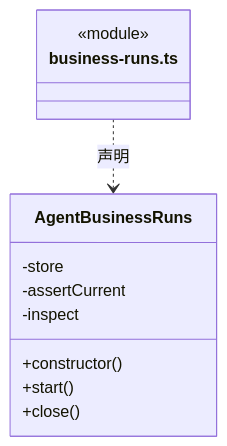
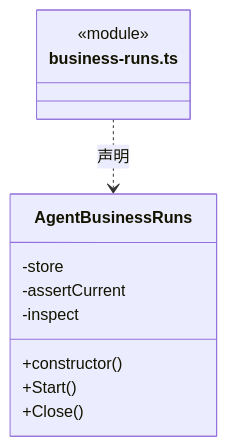
One commit to nan023062/cbim changed the first of 4 diagrams in src/logic/execution/storage/ARCHITECTURE.md. Above: the diagram before and after it, drawn with Mermaid. The commit also changed other lines of this file and 1035 other files, not shown here.

````diff
--- a/src/logic/execution/storage/ARCHITECTURE.md
+++ b/src/logic/execution/storage/ARCHITECTURE.md
@@ -25,15 +25,15 @@
 ```mermaid
 classDiagram
 class N_src_logic_execution_storage_business_runs_ts["business-runs.ts"] {
   <<module>>
 }
 class N_src_logic_execution_storage_business_runs_ts_AgentBusinessRuns["AgentBusinessRuns"] {
   +constructor()
-  +start()
-  +close()
+  +Start()
+  +Close()
   -store
   -assertCurrent
   -inspect
 }
 N_src_logic_execution_storage_business_runs_ts ..> N_src_logic_execution_storage_business_runs_ts_AgentBusinessRuns : 声明
 ```
````
